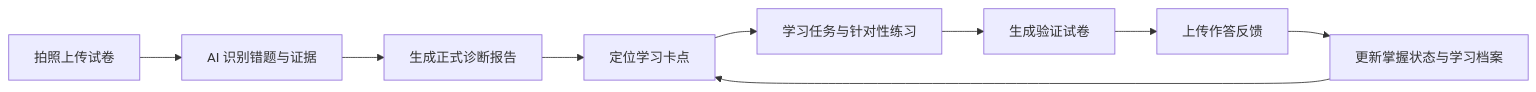
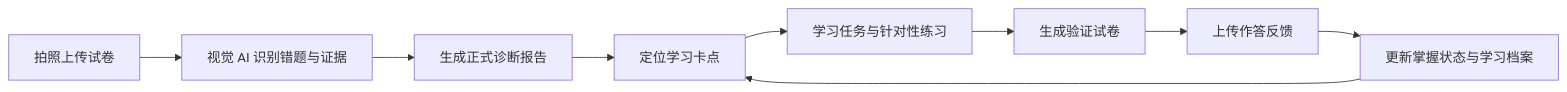
One commit to davyzhong/miniprogram-learning-diagnostic changed the first of 2 diagrams in README.md. Above: the diagram before and after it, drawn with Mermaid. The commit also changed other lines of this file and 7 other files, not shown here.

First line of the commit message:
docs: 更新 README 和项目文档，加入真实运行数据和截图

````diff
--- a/README.md
+++ b/README.md
@@ -36,11 +38,11 @@
 ```mermaid
 flowchart LR
-    A[拍照上传试卷] --> B[AI 识别错题与证据]
+    A[拍照上传试卷] --> B[视觉 AI 识别错题与证据]
     B --> C[生成正式诊断报告]
     C --> D[定位学习卡点]
     D --> E[学习任务与针对性练习]
     E --> F[生成验证试卷]
     F --> G[上传作答反馈]
     G --> H[更新掌握状态与学习档案]
     H --> D
 ```
````
